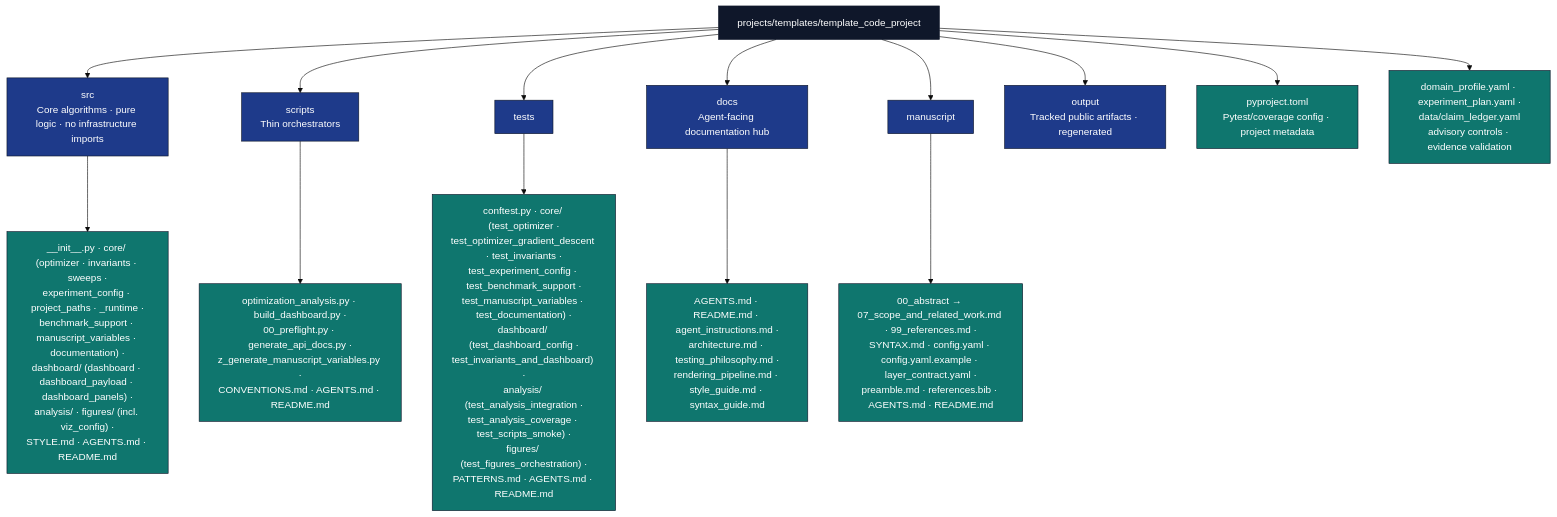
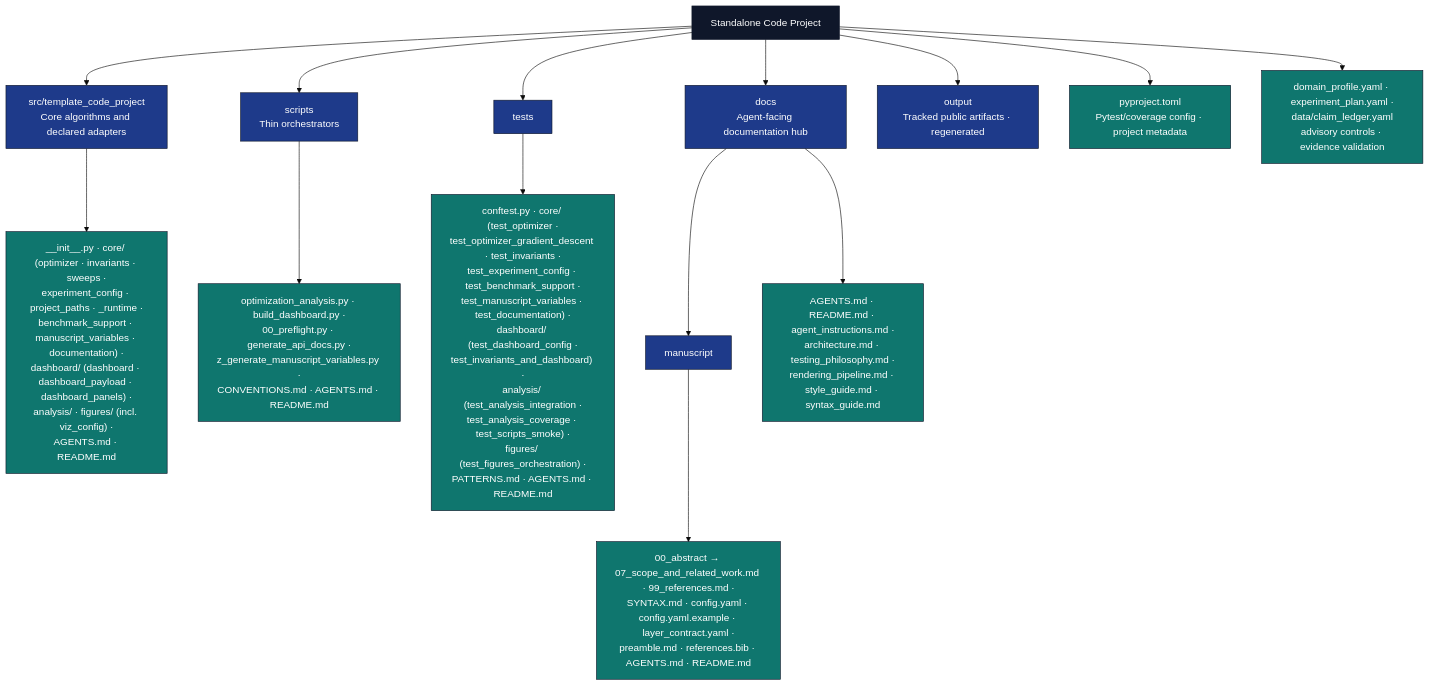
Before and after one commit to docxology/template_code_project: the diagram in AGENTS.md, drawn with Mermaid (base theme). The commit also changed other lines of this file and 4 other files, not shown here.

First line of the commit message:
Align Code Project guides with the verified standalone reader (#21)

````diff
--- a/AGENTS.md
+++ b/AGENTS.md
@@ -71,25 +71,25 @@
 ```mermaid
 flowchart TB
-    P[projects/templates/template_code_project]
-    P --> SRC[src<br/>Core algorithms · pure logic · no infrastructure imports]
+    P[Standalone Code Project]
+    P --> SRC[src/template_code_project<br/>Core algorithms and declared adapters]
     P --> SC[scripts<br/>Thin orchestrators]
     P --> T[tests]
     P --> DOCS[docs<br/>Agent-facing documentation hub]
-    P --> M[manuscript]
+    DOCS --> M[manuscript]
     P --> OUT[output<br/>Tracked public artifacts · regenerated]
     P --> PY[pyproject.toml<br/>Pytest/coverage config · project metadata]
     P --> DP[domain_profile.yaml · experiment_plan.yaml ·<br/>data/claim_ledger.yaml<br/>advisory controls · evidence validation]
 
-    SRC --> SRC_F["__init__.py · core/ (optimizer · invariants · sweeps ·<br/>experiment_config · project_paths · _runtime ·<br/>benchmark_support · manuscript_variables · documentation) ·<br/>dashboard/ (dashboard · dashboard_payload · dashboard_panels) ·<br/>analysis/ · figures/ (incl. viz_config) ·<br/>STYLE.md · AGENTS.md · README.md"]
+    SRC --> SRC_F["__init__.py · core/ (optimizer · invariants · sweeps ·<br/>experiment_config · project_paths · _runtime ·<br/>benchmark_support · manuscript_variables · documentation) ·<br/>dashboard/ (dashboard · dashboard_payload · dashboard_panels) ·<br/>analysis/ · figures/ (incl. viz_config) ·<br/>AGENTS.md · README.md"]
     SC --> SC_F[optimization_analysis.py · build_dashboard.py ·<br/>00_preflight.py · generate_api_docs.py ·<br/>z_generate_manuscript_variables.py ·<br/>CONVENTIONS.md · AGENTS.md · README.md]
     T --> T_F["conftest.py · core/ (test_optimizer ·<br/>test_optimizer_gradient_descent · test_invariants ·<br/>test_experiment_config · test_benchmark_support ·<br/>test_manuscript_variables · test_documentation) ·<br/>dashboard/ (test_dashboard_config ·<br/>test_invariants_and_dashboard) ·<br/>analysis/ (test_analysis_integration ·<br/>test_analysis_coverage · test_scripts_smoke) ·<br/>figures/ (test_figures_orchestration) ·<br/>PATTERNS.md · AGENTS.md · README.md"]
     DOCS --> DOCS_F[AGENTS.md · README.md · agent_instructions.md ·<br/>architecture.md · testing_philosophy.md ·<br/>rendering_pipeline.md · style_guide.md · syntax_guide.md]
     M --> M_F[00_abstract → 07_scope_and_related_work.md · 99_references.md ·<br/>SYNTAX.md · config.yaml · config.yaml.example · layer_contract.yaml ·<br/>preamble.md · references.bib · AGENTS.md · README.md]
 
     classDef d fill:#0f172a,stroke:#0f172a,color:#fff
     classDef pkg fill:#1e3a8a,stroke:#0f172a,color:#fff
     classDef f fill:#0f766e,stroke:#0f172a,color:#fff
     class P d
     class SRC,SC,T,DOCS,M,OUT pkg
     class SRC_F,SC_F,T_F,DOCS_F,M_F,PY,DP f
 ```
````
